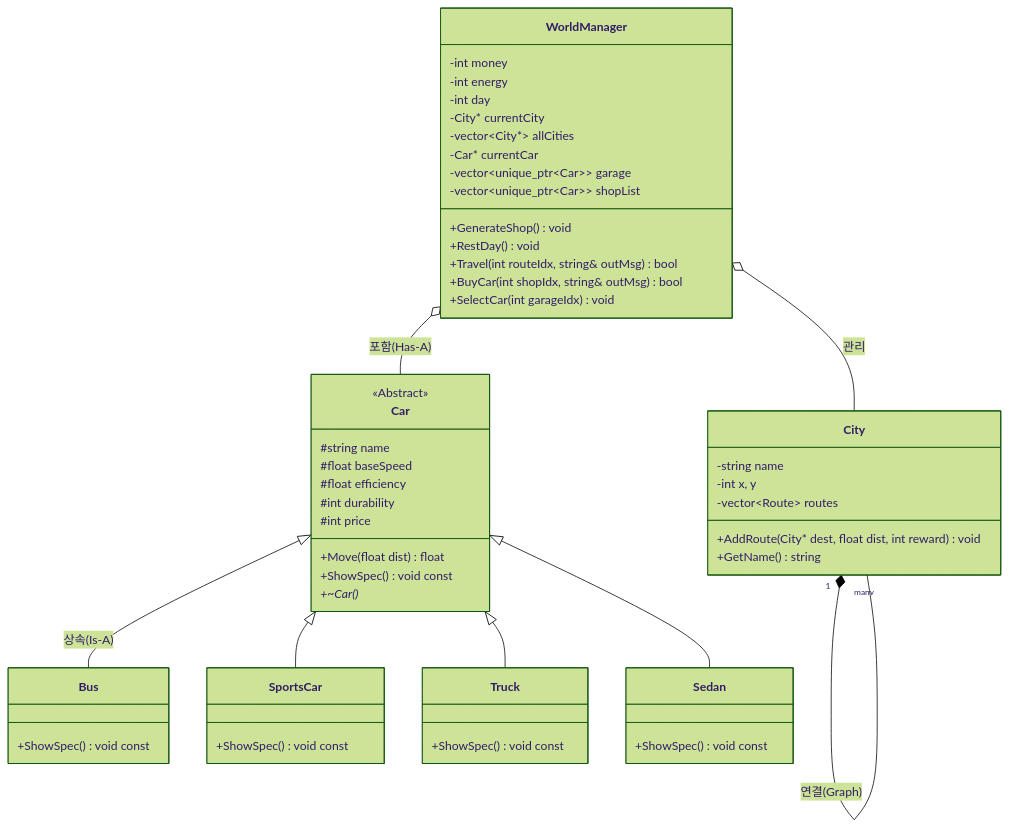
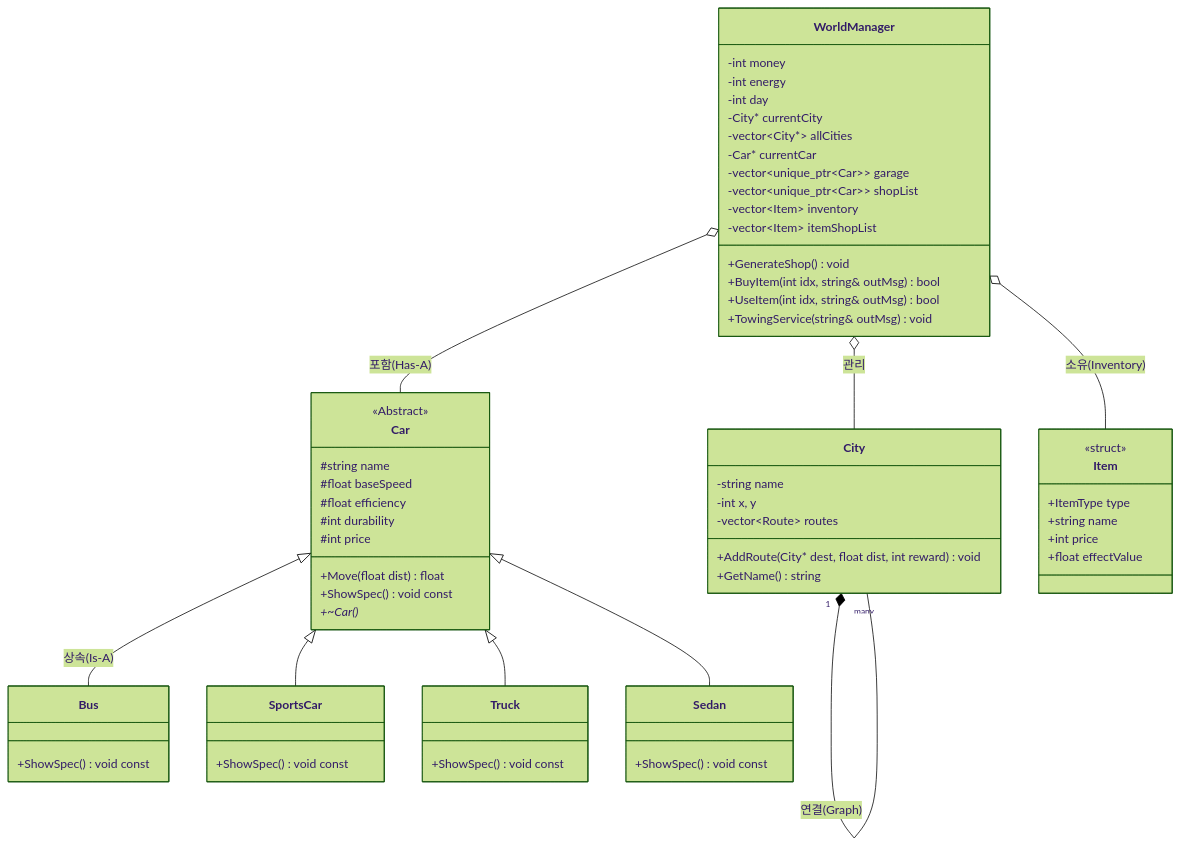
One commit to iamfreakin/PolyDrive changed the first of 2 diagrams in DOCS/01_Overview.md. Above: the diagram before and after it, drawn with Mermaid (forest theme). The commit also changed other lines of this file and 3 other files, not shown here.

````diff
--- a/DOCS/01_Overview.md
+++ b/DOCS/01_Overview.md
@@ -15,50 +15,60 @@
 ```mermaid
 classDiagram
     class Car {
         <<Abstract>>
         #string name
         #float baseSpeed
         #float efficiency
         #int durability
         #int price
         +Move(float dist) float
         +ShowSpec() void const
         +~Car()*
     }
     class Bus { +ShowSpec() void const }
     class SportsCar { +ShowSpec() void const }
     class Truck { +ShowSpec() void const }
     class Sedan { +ShowSpec() void const }
 
     class City {
         -string name
         -int x, y
         -vector~Route~ routes
         +AddRoute(City* dest, float dist, int reward) void
         +GetName() string
     }
 
+    class Item {
+        <<struct>>
+        +ItemType type
+        +string name
+        +int price
+        +float effectValue
+    }
+
     class WorldManager {
         -int money
         -int energy
         -int day
         -City* currentCity
         -vector~City*~ allCities
         -Car* currentCar
         -vector~unique_ptr~Car~~ garage
         -vector~unique_ptr~Car~~ shopList
+        -vector~Item~ inventory
+        -vector~Item~ itemShopList
         +GenerateShop() void
-        +RestDay() void
-        +Travel(int routeIdx, string& outMsg) bool
-        +BuyCar(int shopIdx, string& outMsg) bool
-        +SelectCar(int garageIdx) void
+        +BuyItem(int idx, string& outMsg) bool
+        +UseItem(int idx, string& outMsg) bool
+        +TowingService(string& outMsg) void
     }
 
     Car <|-- Bus : 상속(Is-A)
     Car <|-- SportsCar
     Car <|-- Truck
     Car <|-- Sedan
     WorldManager o-- Car : 포함(Has-A)
     WorldManager o-- City : 관리
+    WorldManager o-- Item : 소유(Inventory)
     City "1" *-- "many" City : 연결(Graph)
 ```
````
